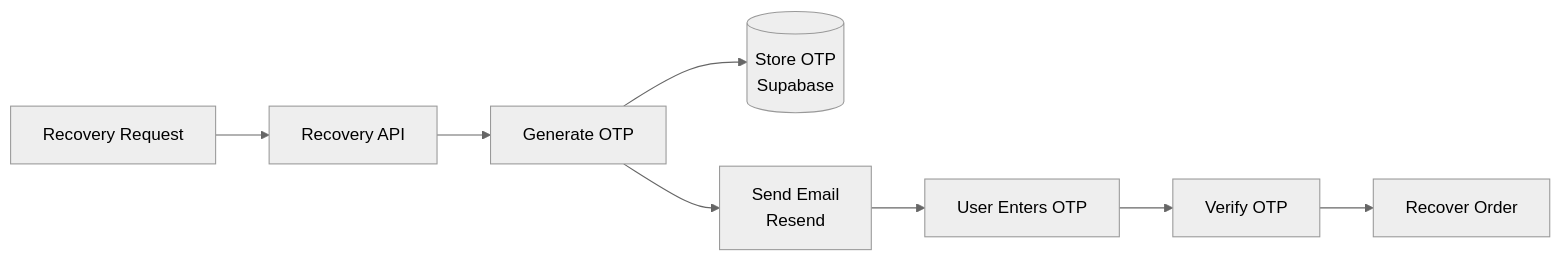
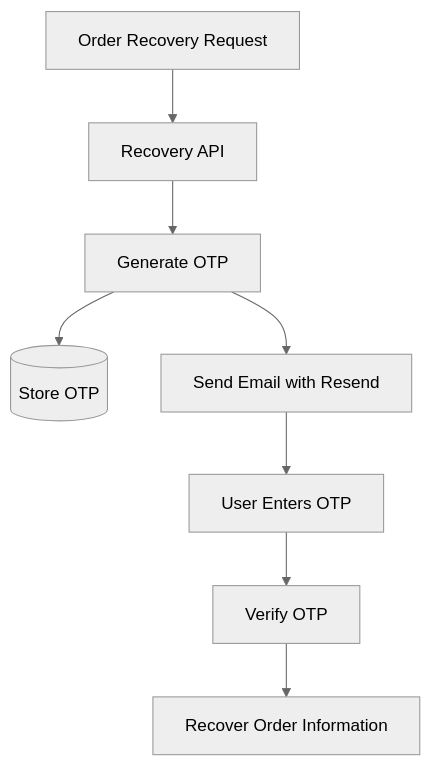
The fifth of 5 diagrams in README.md (imammularif/topupku), drawn with Mermaid (neutral theme) before and after one commit. The commit also changed other lines of this file, not shown here.

````diff
--- a/README.md
+++ b/README.md
@@ -171,10 +330,10 @@
 ```mermaid
-flowchart LR
-    A["Recovery Request"] --> B["Recovery API"]
+flowchart TD
+    A["Order Recovery Request"] --> B["Recovery API"]
     B --> C["Generate OTP"]
-    C --> D[("Store OTP<br/>Supabase")]
-    C --> E["Send Email<br/>Resend"]
+    C --> D[("Store OTP")]
+    C --> E["Send Email with Resend"]
     E --> F["User Enters OTP"]
     F --> G["Verify OTP"]
-    G --> H["Recover Order"]
+    G --> H["Recover Order Information"]
 ```
````
